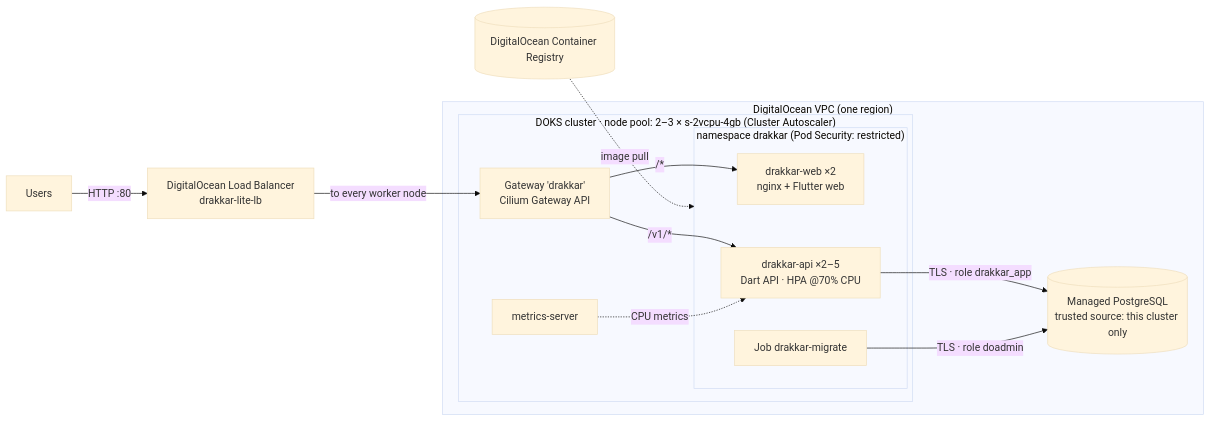
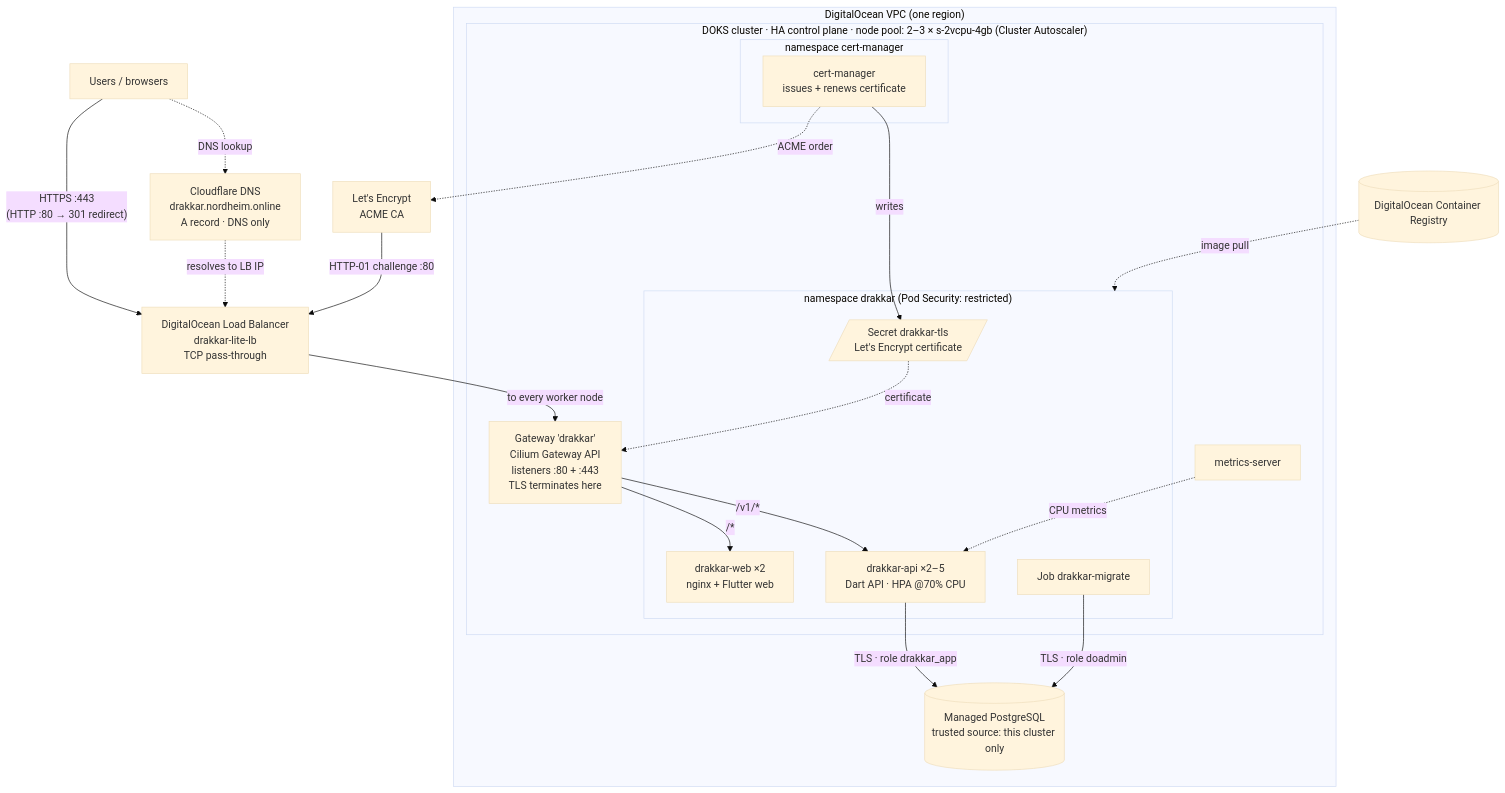
Before and after one commit to TaliskerMan/drakkar-lite-doks: the diagram in docs/architecture.mmd, drawn with Mermaid (base theme). The commit also changed 3 other files, not shown here.

Commit message:
Add setup guide, cost analysis; update architecture diagram for HTTPS

```diff
--- a/docs/architecture.mmd
+++ b/docs/architecture.mmd
@@ -1,22 +1,32 @@
-flowchart LR
-  U[Users] -->|HTTP :80| LB[DigitalOcean Load Balancer<br/>drakkar-lite-lb]
+flowchart TB
+  U[Users / browsers] -->|"HTTPS :443<br/>(HTTP :80 → 301 redirect)"| LB[DigitalOcean Load Balancer<br/>drakkar-lite-lb<br/>TCP pass-through]
+  U -. "DNS lookup" .-> DNS[Cloudflare DNS<br/>drakkar.nordheim.online<br/>A record · DNS only]
+  DNS -. "resolves to LB IP" .-> LB
+  LE[Let's Encrypt<br/>ACME CA] -->|"HTTP-01 challenge :80"| LB
   subgraph VPC["DigitalOcean VPC (one region)"]
-    subgraph DOKS["DOKS cluster · node pool: 2–3 × s-2vcpu-4gb (Cluster Autoscaler)"]
-      GW[Gateway 'drakkar'<br/>Cilium Gateway API]
+    subgraph DOKS["DOKS cluster · HA control plane · node pool: 2–3 × s-2vcpu-4gb (Cluster Autoscaler)"]
+      GW[Gateway 'drakkar'<br/>Cilium Gateway API<br/>listeners :80 + :443<br/>TLS terminates here]
+      subgraph CMNS["namespace cert-manager"]
+        CM[cert-manager<br/>issues + renews certificate]
+      end
       subgraph NS["namespace drakkar (Pod Security: restricted)"]
+        TLS[/Secret drakkar-tls<br/>Let's Encrypt certificate/]
         WEB[drakkar-web ×2<br/>nginx + Flutter web]
         API[drakkar-api ×2–5<br/>Dart API · HPA @70% CPU]
         JOB[Job drakkar-migrate]
       end
       MS[metrics-server]
     end
     PG[(Managed PostgreSQL<br/>trusted source: this cluster only)]
   end
   DOCR[(DigitalOcean Container Registry)]
   LB -->|to every worker node| GW
   GW -->|/v1/*| API
   GW -->|/*| WEB
+  CM -. "ACME order" .-> LE
+  CM -->|writes| TLS
+  TLS -. certificate .-> GW
   API -->|TLS · role drakkar_app| PG
   JOB -->|TLS · role doadmin| PG
   MS -. CPU metrics .-> API
   DOCR -. image pull .-> NS
```
